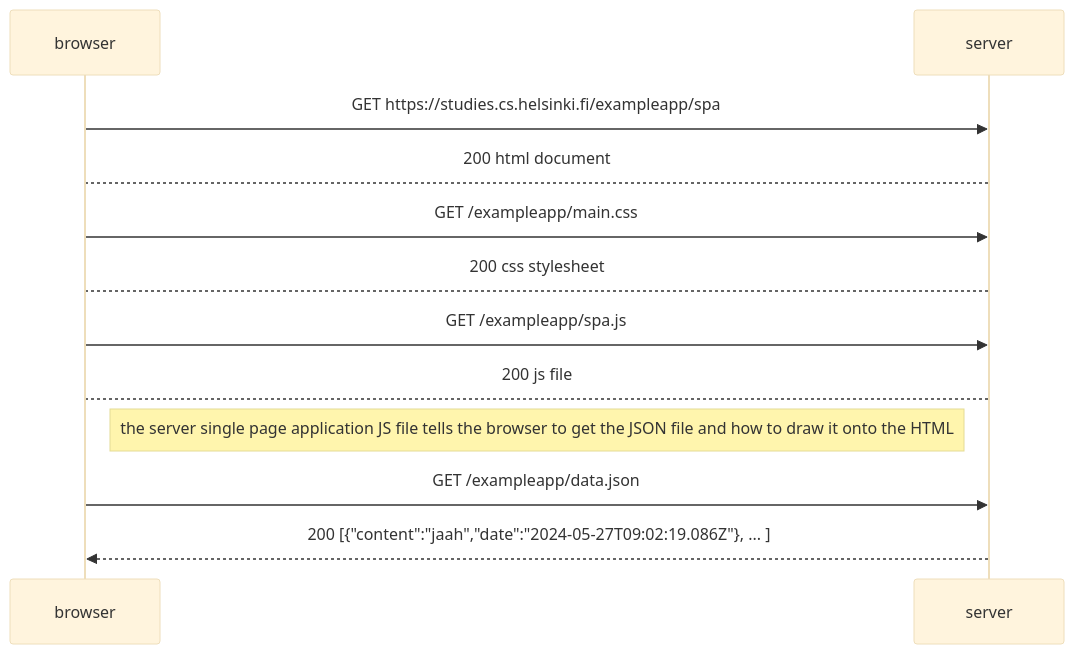
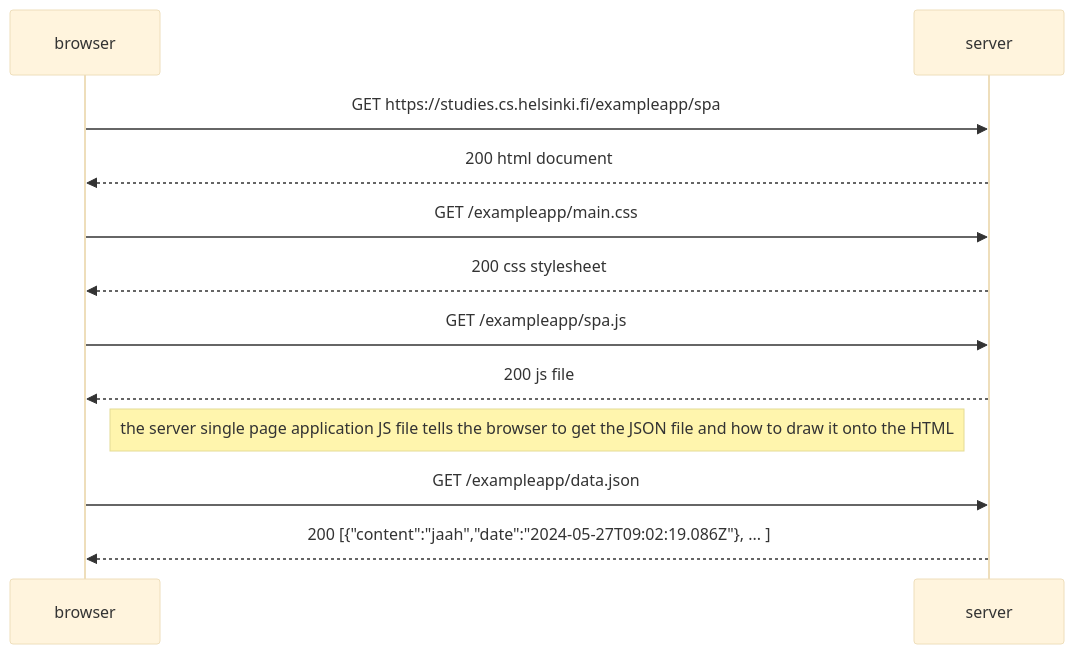
Before and after one commit to Omaro-IB/fullstack-webdev-exercises: the diagram in part0/0.5-single-page-app-diagram.md, drawn with Mermaid (base theme). The commit also changed 1 other file, not shown here.

Commit message:
completed exercises 0.4 & 0.5

````diff
--- a/part0/0.5-single-page-app-diagram.md
+++ b/part0/0.5-single-page-app-diagram.md
@@ -1,12 +1,12 @@
 ```mermaid
 sequenceDiagram
     browser->>server: GET https://studies.cs.helsinki.fi/exampleapp/spa
-    server-->browser: 200 html document
+    server-->>browser: 200 html document
     browser->>server: GET /exampleapp/main.css
-    server-->browser: 200 css stylesheet
+    server-->>browser: 200 css stylesheet
     browser->>server: GET /exampleapp/spa.js
-    server-->browser: 200 js file
+    server-->>browser: 200 js file
     Note right of browser: the server single page application JS file tells the browser to get the JSON file and how to draw it onto the HTML
     browser->>server: GET /exampleapp/data.json
     server-->>browser: 200 [{"content":"jaah","date":"2024-05-27T09:02:19.086Z"}, ... ]
 ```
````
